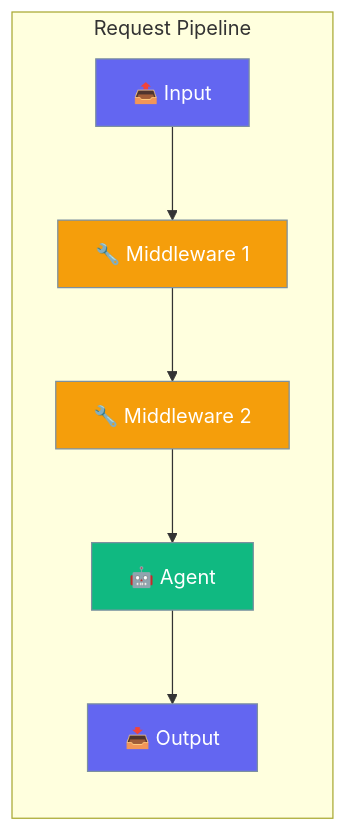
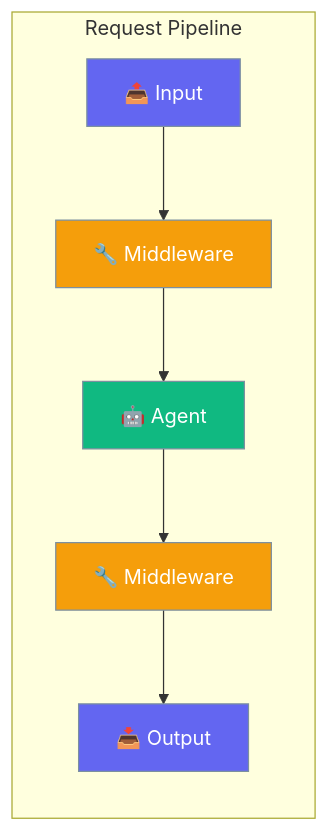
The first of 2 diagrams in docs/js/middleware.mdx (MervinPraison/PraisonAIDocs), drawn with Mermaid before and after one commit. The commit also changed other lines of this file and 30 other files, not shown here.

````diff
--- a/docs/js/middleware.mdx
+++ b/docs/js/middleware.mdx
@@ -10,17 +10,17 @@
 ```mermaid
 graph LR
     subgraph "Request Pipeline"
-        A[📤 Input] --> B[🔧 Middleware 1]
-        B --> C[🔧 Middleware 2]
-        C --> D[🤖 Agent]
+        A[📤 Input] --> B[🔧 Middleware]
+        B --> C[🤖 Agent]
+        C --> D[🔧 Middleware]
         D --> E[📥 Output]
     end
     
-    classDef input fill:#6366F1,stroke:#7C90A0,color:#fff
+    classDef io fill:#6366F1,stroke:#7C90A0,color:#fff
     classDef middleware fill:#F59E0B,stroke:#7C90A0,color:#fff
     classDef agent fill:#10B981,stroke:#7C90A0,color:#fff
     
-    class A,E input
-    class B,C middleware
-    class D agent
+    class A,E io
+    class B,D middleware
+    class C agent
 ```
````
